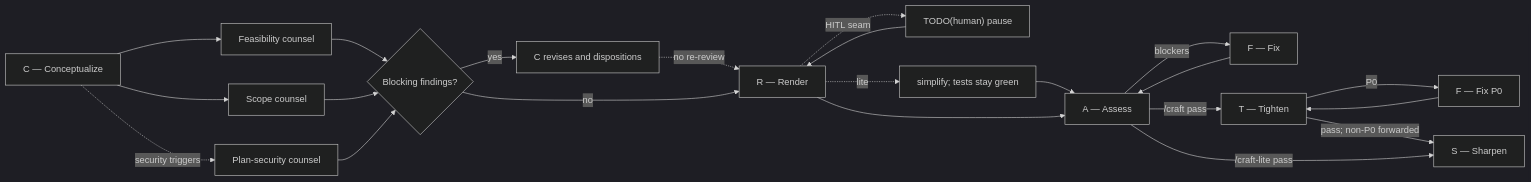
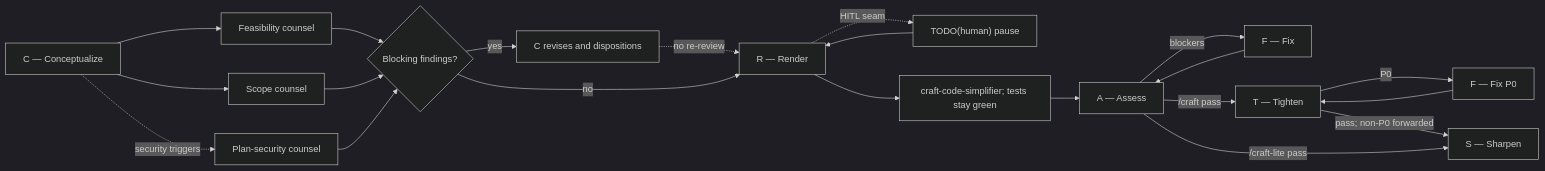
The diagram in README.md (kylerberry/craft-harness), drawn with Mermaid (dark theme) before and after one commit. The commit also changed other lines of this file and 5 other files, not shown here.

First line of the commit message:
add craft-code-simplifier as required R-exit gate

````diff
--- a/README.md
+++ b/README.md
@@ -5,26 +5,25 @@
 ```mermaid
 flowchart LR
     C["C — Conceptualize"] --> FEAS["Feasibility counsel"]
     C --> SCOPE["Scope counsel"]
     C -. "security triggers" .-> PLANSEC["Plan-security counsel"]
 
     FEAS --> GATE{"Blocking findings?"}
     SCOPE --> GATE
     PLANSEC --> GATE
     GATE -- "yes" --> REVISE["C revises and dispositions"]
     REVISE -. "no re-review" .-> R["R — Render"]
     GATE -- "no" --> R
 
     R -. "HITL seam" .-> HUMAN["TODO(human) pause"]
     HUMAN --> R
-    R -. "lite" .-> SIM["simplify; tests stay green"]
+    R --> SIM["craft-code-simplifier; tests stay green"]
     SIM --> A["A — Assess"]
-    R --> A
     A -- "blockers" --> FA["F — Fix"]
     FA --> A
     A -- "/craft pass" --> T["T — Tighten"]
     T -- "P0" --> FT["F — Fix P0"]
     FT --> T
     T -- "pass; non-P0 forwarded" --> S["S — Sharpen"]
     A -- "/craft-lite pass" --> S
 ```
````
